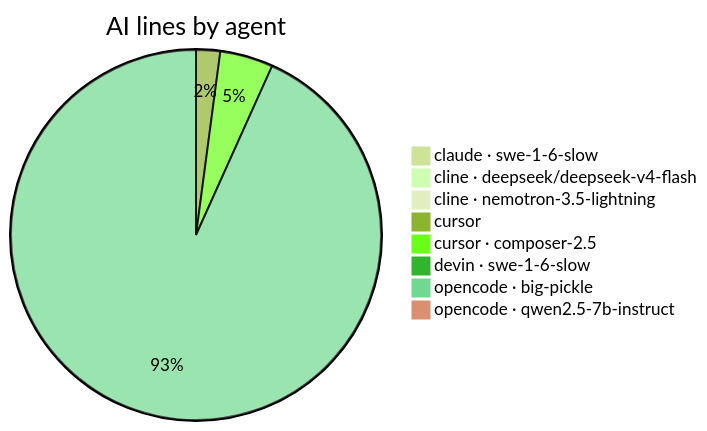
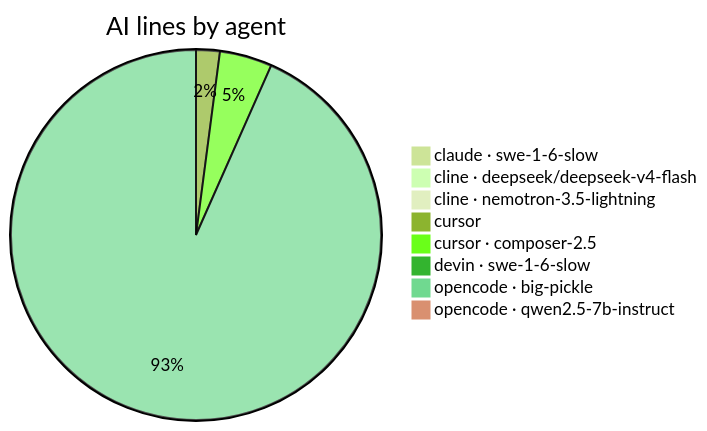
The second of 5 diagrams in AI-AUTHORSHIP.md (CaliMark/game-of-life), drawn with Mermaid (forest theme) before and after one commit. The commit also changed other lines of this file and 1 other file, not shown here.

````diff
--- a/AI-AUTHORSHIP.md
+++ b/AI-AUTHORSHIP.md
@@ -37,11 +37,11 @@
 ```mermaid
 pie title AI lines by agent
     "claude · swe-1-6-slow" : 1
     "cline · deepseek/deepseek-v4-flash" : 1
     "cline · nemotron-3.5-lightning" : 1
     "cursor" : 19
     "cursor · composer-2.5" : 42
     "devin · swe-1-6-slow" : 1
-    "opencode · big-pickle" : 845
+    "opencode · big-pickle" : 857
     "opencode · qwen2.5-7b-instruct" : 3
 ```
````
